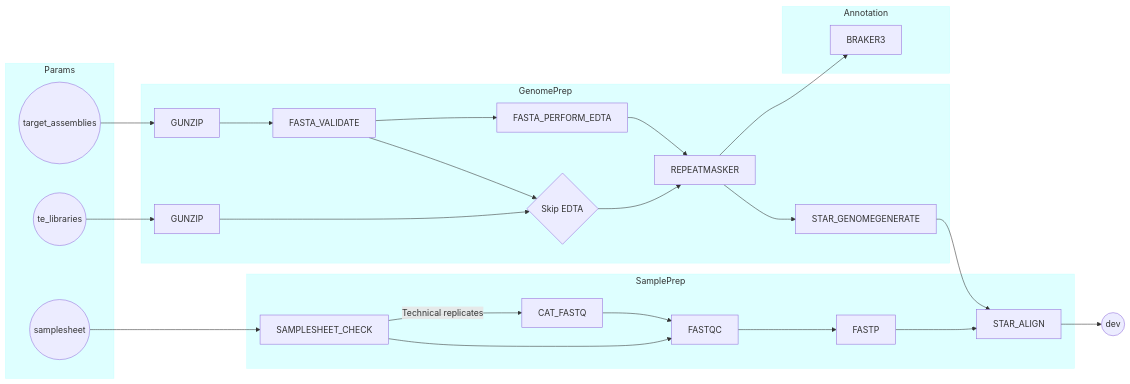
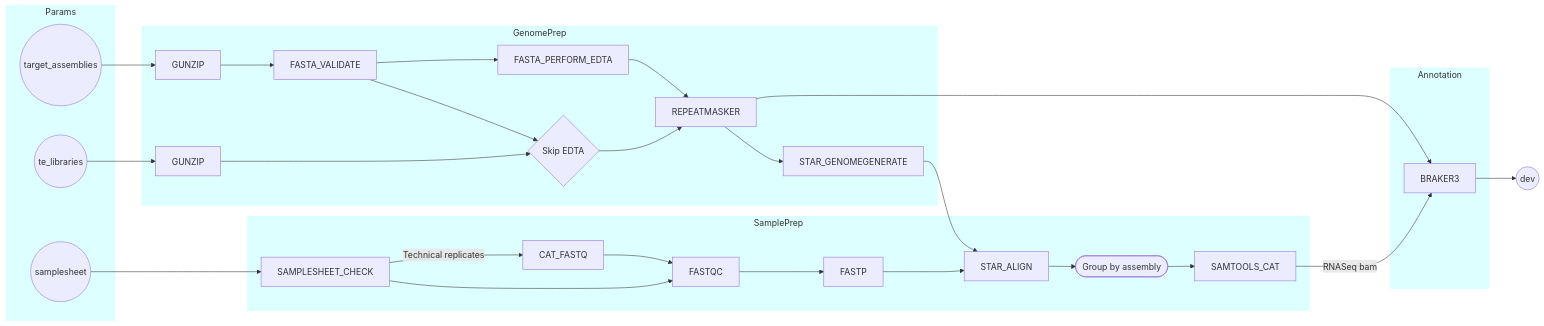
The diagram in README.md (rosscrowhurst/genepal), drawn with Mermaid before and after one commit.

Commit message:
Updated flowchart

````diff
--- a/README.md
+++ b/README.md
@@ -6,63 +6,69 @@
 ```mermaid
 flowchart LR
     TARGET_ASSEMBLIES((target_assemblies))
     TE_LIBRARIES((te_libraries))
     SAMPLESHEET((samplesheet))
     GUNZIP_TE[GUNZIP]
     SKIP_EDTA{Skip EDTA}
     pend((dev))
     
     TARGET_ASSEMBLIES --> GUNZIP
     GUNZIP --> FASTA_VALIDATE
     FASTA_VALIDATE --> FASTA_PERFORM_EDTA
     FASTA_VALIDATE --> SKIP_EDTA
     
     TE_LIBRARIES --> GUNZIP_TE
     GUNZIP_TE --> SKIP_EDTA
     SKIP_EDTA --> REPEATMASKER
     FASTA_PERFORM_EDTA --> REPEATMASKER
     REPEATMASKER --> BRAKER3
     REPEATMASKER --> STAR_GENOMEGENERATE
 
     SAMPLESHEET --> SAMPLESHEET_CHECK
     SAMPLESHEET_CHECK --> |Technical replicates|CAT_FASTQ
     CAT_FASTQ --> FASTQC
     SAMPLESHEET_CHECK --> FASTQC
     FASTQC --> FASTP
     FASTP --> STAR_ALIGN
     STAR_GENOMEGENERATE --> STAR_ALIGN
-    STAR_ALIGN --> pend
+    STAR_ALIGN --> GROUP_BY_ASSEMBLY([Group by assembly])
+    GROUP_BY_ASSEMBLY --> SAMTOOLS_CAT
+    SAMTOOLS_CAT --> |RNASeq bam|BRAKER3
+
+    BRAKER3 --> pend
 
     subgraph Params
     TARGET_ASSEMBLIES
     TE_LIBRARIES
     SAMPLESHEET
     end
 
     subgraph GenomePrep
     GUNZIP
     FASTA_VALIDATE
     GUNZIP_TE
     FASTA_PERFORM_EDTA
     SKIP_EDTA
     REPEATMASKER
     STAR_GENOMEGENERATE
     end
 
     subgraph SamplePrep
     SAMPLESHEET_CHECK
     CAT_FASTQ
     FASTQC
     FASTP
     STAR_ALIGN
+    GROUP_BY_ASSEMBLY
+    SAMTOOLS_CAT
     end
 
     subgraph Annotation
     BRAKER3
     end
 
     style Params fill:#00FFFF21,stroke:#00FFFF21
     style GenomePrep fill:#00FFFF21,stroke:#00FFFF21
     style SamplePrep fill:#00FFFF21,stroke:#00FFFF21
     style Annotation fill:#00FFFF21,stroke:#00FFFF21
 ```
````
